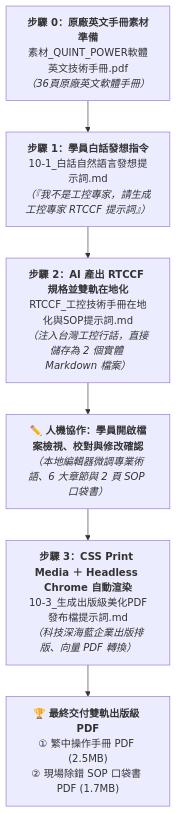
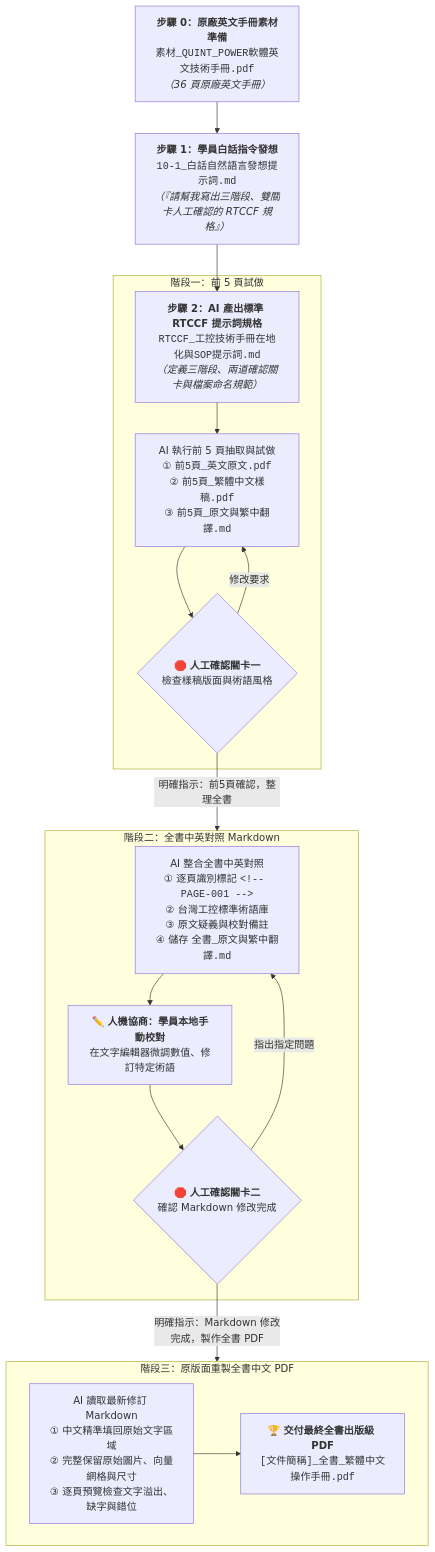
Before and after one commit to roberthsu2003/workflow-productivity: the diagram in 常見的AI應用/實戰範例/工控技術手冊跨國在地化與SOP出版級美化/README.md, drawn with Mermaid. The commit also changed other lines of this file and 5 other files, not shown here.

````diff
--- a/常見的AI應用/實戰範例/工控技術手冊跨國在地化與SOP出版級美化/README.md
+++ b/常見的AI應用/實戰範例/工控技術手冊跨國在地化與SOP出版級美化/README.md
@@ -67,8 +82,28 @@
 ```mermaid
 flowchart TD
-    Step0["<b>步驟 0：原廠英文手冊素材準備</b><br/>素材_QUINT_POWER軟體英文技術手冊.pdf<br/><i>（36頁原廠英文軟體手冊）</i>"] --> Step1["<b>步驟 1：學員白話發想指令</b><br/>10-1_白話自然語言發想提示詞.md<br/><i>（『我不是工控專家，請生成工控專家 RTCCF 提示詞』）</i>"]
-    Step1 --> Step2["<b>步驟 2：AI 產出 RTCCF 規格並雙軌在地化</b><br/>RTCCF_工控技術手冊在地化與SOP提示詞.md<br/><i>（注入台灣工控行話，直接儲存為 2 個實體 Markdown 檔案）</i>"]
-    Step2 --> CheckMD["✏️ <b>人機協作：學員開啟檔案檢視、校對與修改確認</b><br/><i>（本地編輯器微調專業術語、6 大章節與 2 頁 SOP 口袋書）</i>"]
-    CheckMD --> Step3["<b>步驟 3：CSS Print Media ＋ Headless Chrome 自動渲染</b><br/>10-3_生成出版級美化PDF發布檔提示詞.md<br/><i>（科技深海藍企業出版排版、向量 PDF 轉換）</i>"]
-    Step3 --> Finish["🏆 <b>最終交付雙軌出版級 PDF</b><br/>① 繁中操作手冊 PDF (2.5MB)<br/>② 現場除錯 SOP 口袋書 PDF (1.7MB)"]
+    Step0["<b>步驟 0：原廠英文手冊素材準備</b><br/><code>素材_QUINT_POWER軟體英文技術手冊.pdf</code><br/><i>（36 頁原廠英文手冊）</i>"] --> Step1["<b>步驟 1：學員白話指令發想</b><br/><code>10-1_白話自然語言發想提示詞.md</code><br/><i>（『請幫我寫出三階段、雙關卡人工確認的 RTCCF 規格』）</i>"]
+    
+    Step1 --> RTCCFSpec["<b>步驟 2：AI 產出標準 RTCCF 提示詞規格</b><br/><code>RTCCF_工控技術手冊在地化與SOP提示詞.md</code><br/><i>（定義三階段、兩道確認關卡與檔案命名規範）</i>"]
+    
+    subgraph S1 ["階段一：前 5 頁試做"]
+        RTCCFSpec --> RunP1["AI 執行前 5 頁抽取與試做<br/>① <code>前5頁_英文原文.pdf</code><br/>② <code>前5頁_繁體中文樣稿.pdf</code><br/>③ <code>前5頁_原文與繁中翻譯.md</code>"]
+        RunP1 --> Gate1{"🛑 <b>人工確認關卡一</b><br/>檢查樣稿版面與術語風格"}
+    end
+
+    Gate1 -- "修改要求" --> RunP1
+    Gate1 -- "明確指示：前5頁確認，整理全書" --> S2
+
+    subgraph S2 ["階段二：全書中英對照 Markdown"]
+        RunP2["AI 整合全書中英對照<br/>① 逐頁識別標記 <code>&lt;!-- PAGE-001 --&gt;</code><br/>② 台灣工控標準術語庫<br/>③ 原文疑義與校對備註<br/>④ 儲存 <code>全書_原文與繁中翻譯.md</code>"]
+        RunP2 --> HumanEdit["✏️ <b>人機協商：學員本地手動校對</b><br/>在文字編輯器微調數值、修訂特定術語"]
+        HumanEdit --> Gate2{"🛑 <b>人工確認關卡二</b><br/>確認 Markdown 修改完成"}
+    end
+
+    Gate2 -- "指出指定問題" --> RunP2
+    Gate2 -- "明確指示：Markdown 修改完成，製作全書 PDF" --> S3
+
+    subgraph S3 ["階段三：原版面重製全書中文 PDF"]
+        RunP3["AI 讀取最新修訂 Markdown<br/>① 中文精準填回原始文字區域<br/>② 完整保留原始圖片、向量網格與尺寸<br/>③ 逐頁預覽檢查文字溢出、缺字與錯位"]
+        RunP3 --> Finish["🏆 <b>交付最終全書出版級 PDF</b><br/><code>[文件簡稱]_全書_繁體中文操作手冊.pdf</code>"]
+    end
 ```
````
